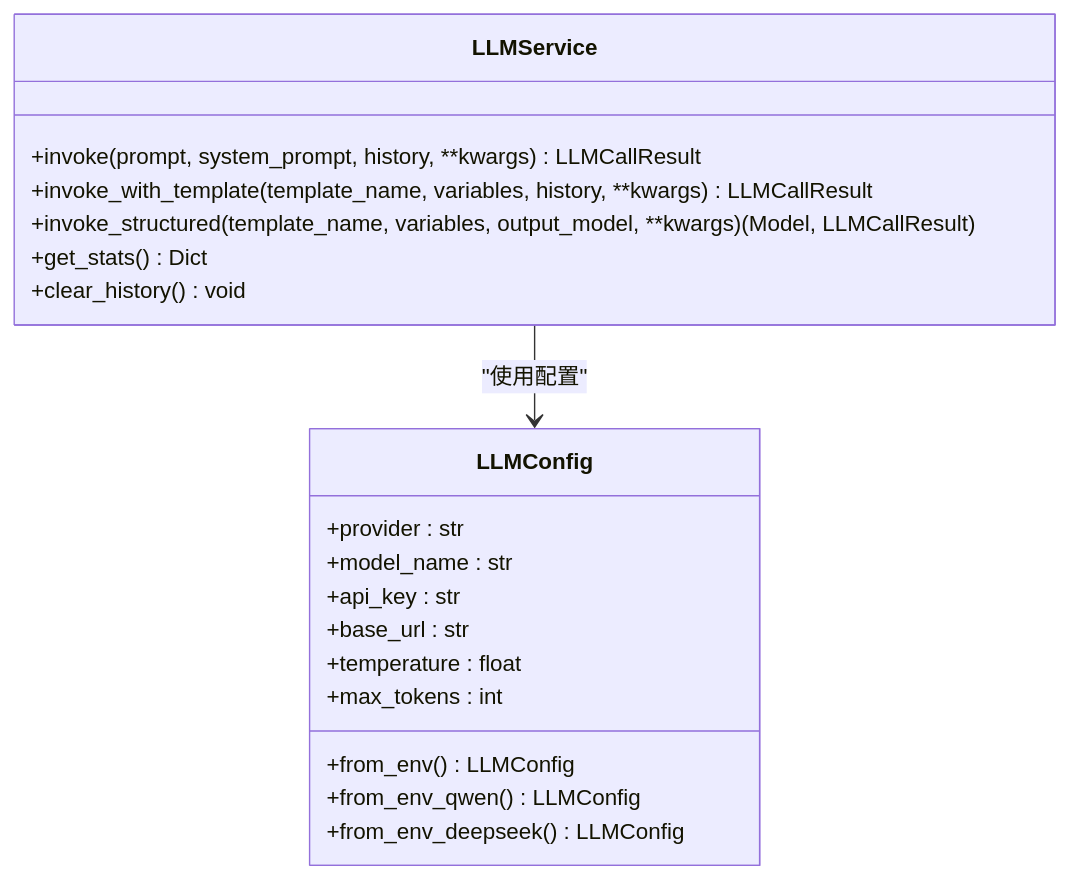
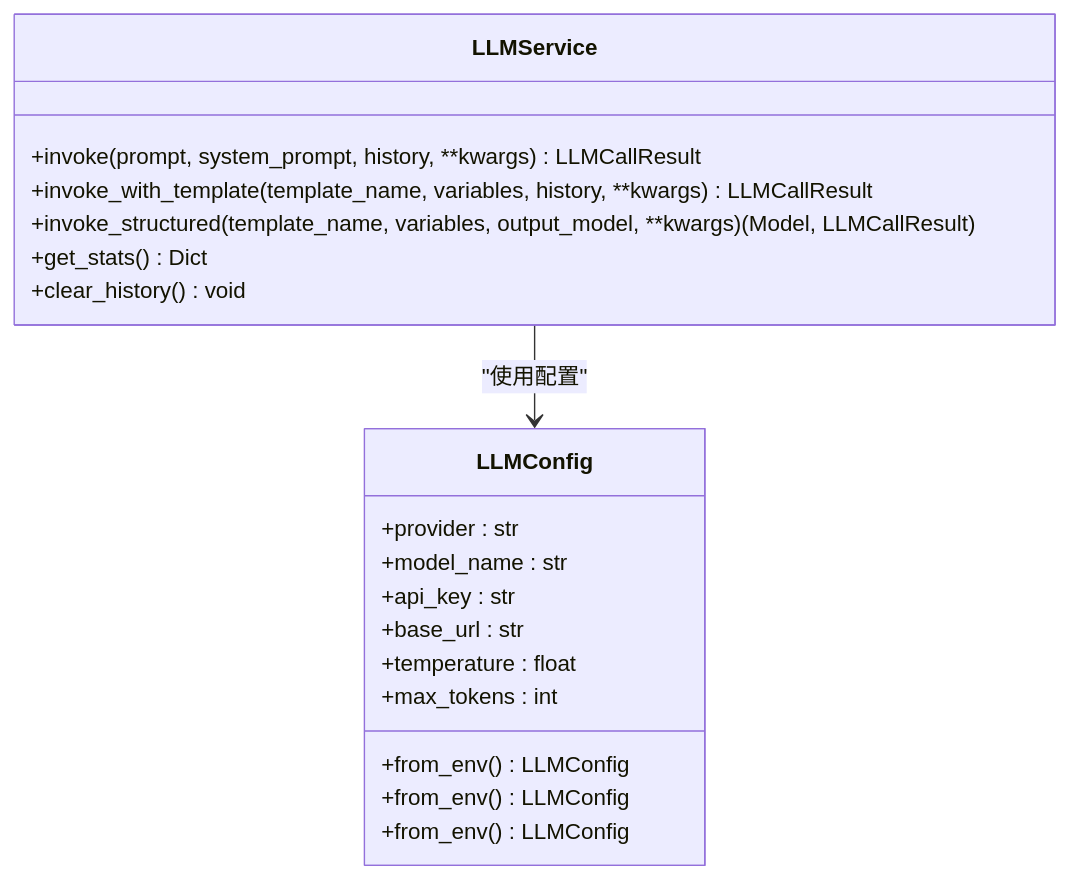
One commit to WangYiKai1017/zizuan changed the ninth of 12 diagrams in .qoder/repowiki/zh/content/核心架构设计/核心架构设计.md. Above: the diagram before and after it, drawn with Mermaid. The commit also changed other lines of this file and 51 other files, not shown here.

````diff
--- a/.qoder/repowiki/zh/content/核心架构设计/核心架构设计.md
+++ b/.qoder/repowiki/zh/content/核心架构设计/核心架构设计.md
@@ -375,22 +375,22 @@
 ```mermaid
 classDiagram
 class LLMService {
 +invoke(prompt, system_prompt, history, **kwargs) LLMCallResult
 +invoke_with_template(template_name, variables, history, **kwargs) LLMCallResult
 +invoke_structured(template_name, variables, output_model, **kwargs) (Model, LLMCallResult)
 +get_stats() Dict
 +clear_history() void
 }
 class LLMConfig {
 +provider : str
 +model_name : str
 +api_key : str
 +base_url : str
 +temperature : float
 +max_tokens : int
 +from_env() LLMConfig
-+from_env_qwen() LLMConfig
-+from_env_deepseek() LLMConfig
++from_env() LLMConfig
++from_env() LLMConfig
 }
 LLMService --> LLMConfig : "使用配置"
 ```
````
